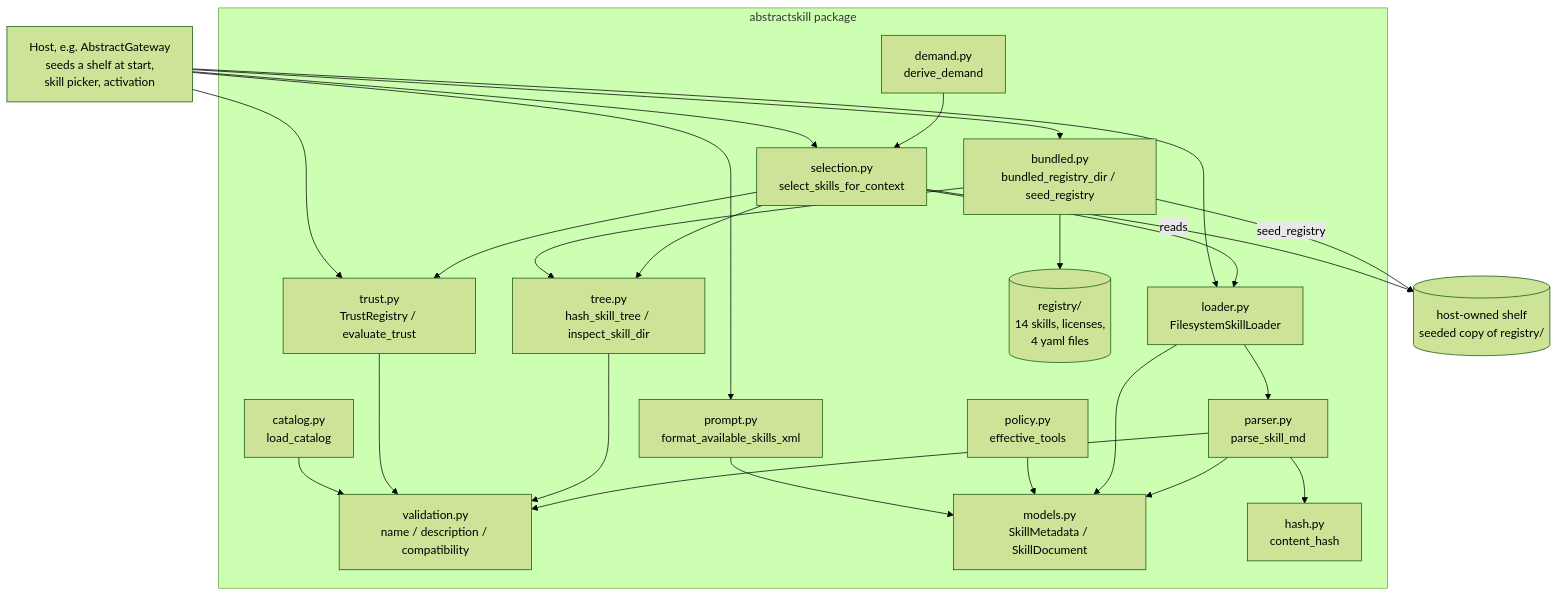
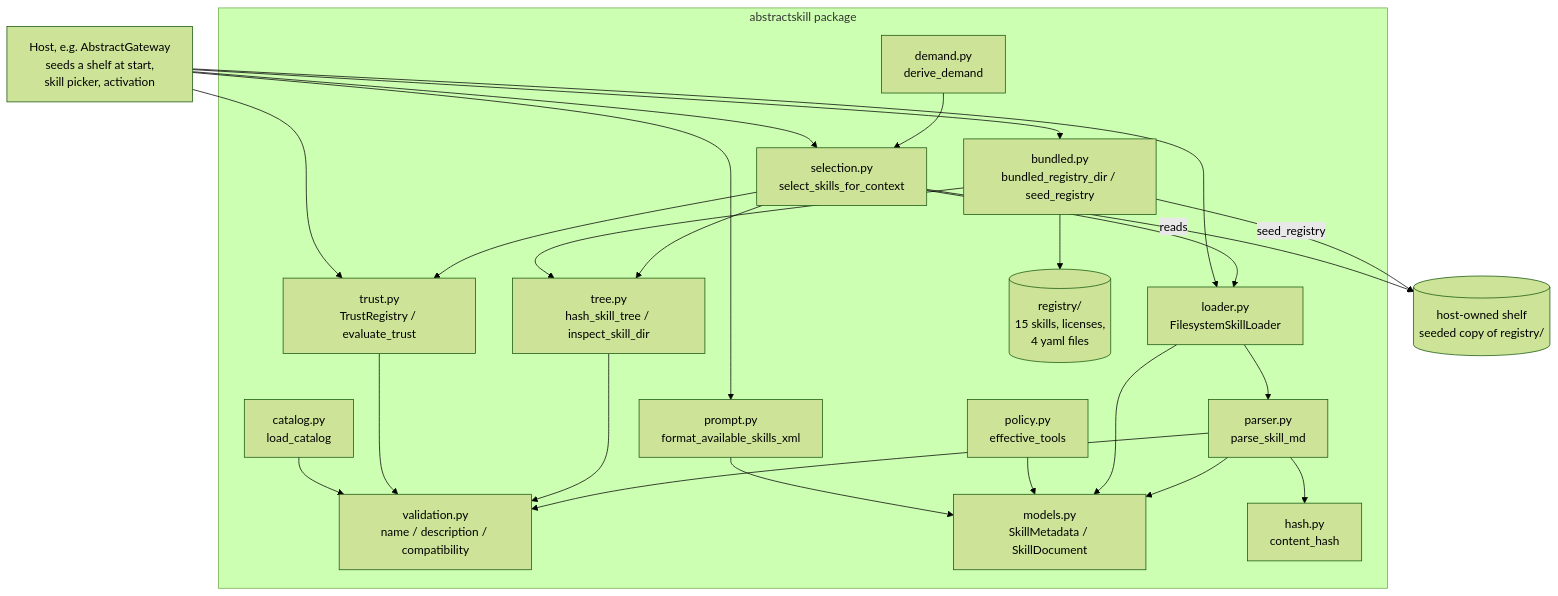
Before and after one commit to lpalbou/AbstractSkill: the first of 4 diagrams in docs/architecture.md, drawn with Mermaid (forest theme). The commit also changed 23 other files, not shown here.

````diff
--- a/docs/architecture.md
+++ b/docs/architecture.md
@@ -15,47 +15,47 @@
 ```mermaid
 graph TD
     subgraph pkg[abstractskill package]
         parser[parser.py<br/>parse_skill_md]
         validation[validation.py<br/>name / description / compatibility]
         models[models.py<br/>SkillMetadata / SkillDocument]
         hash[hash.py<br/>content_hash]
         loader[loader.py<br/>FilesystemSkillLoader]
         tree[tree.py<br/>hash_skill_tree / inspect_skill_dir]
         trust[trust.py<br/>TrustRegistry / evaluate_trust]
         selection[selection.py<br/>select_skills_for_context]
         prompt[prompt.py<br/>format_available_skills_xml]
         policy[policy.py<br/>effective_tools]
         demand[demand.py<br/>derive_demand]
         catalog[catalog.py<br/>load_catalog]
         bundled[bundled.py<br/>bundled_registry_dir / seed_registry]
-        registry[(registry/<br/>14 skills, licenses,<br/>4 yaml files)]
+        registry[(registry/<br/>15 skills, licenses,<br/>4 yaml files)]
     end
 
     parser --> validation
     parser --> models
     parser --> hash
     loader --> parser
     loader --> models
     tree --> validation
     trust --> validation
     catalog --> validation
     selection --> loader
     selection --> tree
     selection --> trust
     demand --> selection
     policy --> models
     prompt --> models
     bundled --> tree
     bundled --> registry
 
     host[Host, e.g. AbstractGateway<br/>seeds a shelf at start,<br/>skill picker, activation]
     shelf[(host-owned shelf<br/>seeded copy of registry/)]
 
     host --> bundled
     bundled -->|seed_registry| shelf
     host --> selection
     selection -->|reads| shelf
     host --> prompt
     host --> loader
     host --> trust
 ```
````
